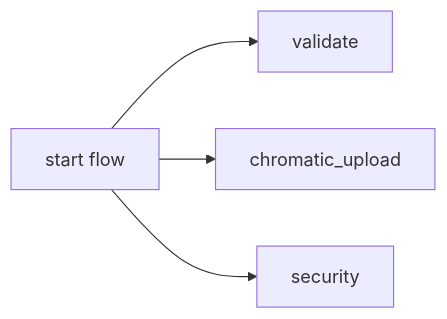
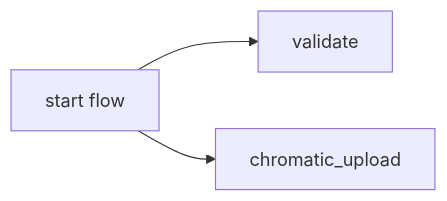
One commit to JupiterOne/.github changed the second of 2 diagrams in .github/workflows/docs/frontend/frontend_npm_pr.md. Above: the diagram before and after it, drawn with Mermaid. The commit also changed other lines of this file and 24 other files, not shown here.

````diff
--- a/.github/workflows/docs/frontend/frontend_npm_pr.md
+++ b/.github/workflows/docs/frontend/frontend_npm_pr.md
@@ -67,11 +65,9 @@
 ```mermaid
 graph LR;
     A[start flow];
     B[validate];
     C[chromatic_upload];
-    D[security];
 
     A --> B;
     A --> C;
-    A --> D;
 ```
````
